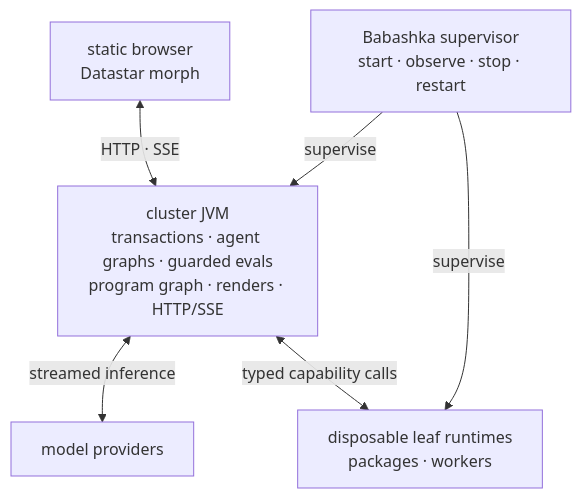
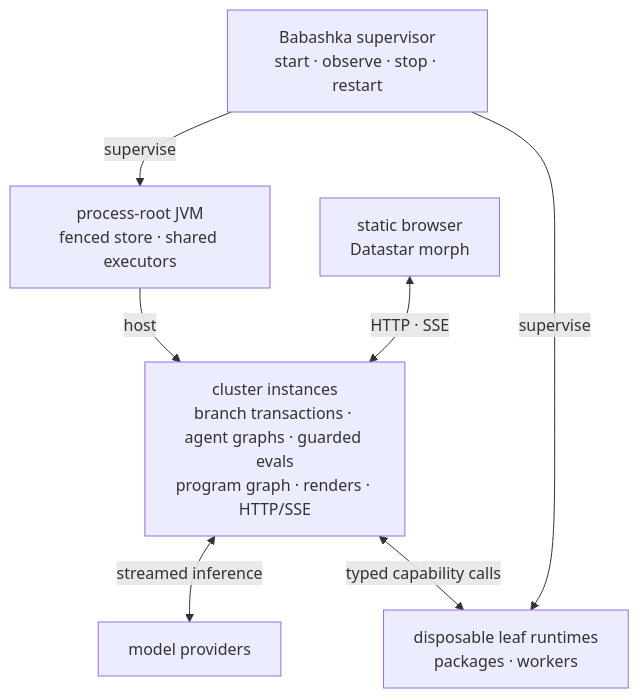
The diagram in docs/seon/architecture/architecture.md (seantempesta/seon), drawn with Mermaid before and after one commit. The commit also changed other lines of this file and 65 other files, not shown here.

````diff
--- a/docs/seon/architecture/architecture.md
+++ b/docs/seon/architecture/architecture.md
@@ -277,15 +283,17 @@
 ```mermaid
 flowchart TB
   Supervisor["Babashka supervisor\nstart · observe · stop · restart"]
-  Cluster["cluster JVM\ntransactions · agent graphs · guarded evals\nprogram graph · renders · HTTP/SSE"]
+  Process["process-root JVM\nfenced store · shared executors"]
+  Cluster["cluster instances\nbranch transactions · agent graphs · guarded evals\nprogram graph · renders · HTTP/SSE"]
   Leaf["disposable leaf runtimes\npackages · workers"]
   Browser["static browser\nDatastar morph"]
   Models["model providers"]
 
-  Supervisor -->|"supervise"| Cluster
+  Supervisor -->|"supervise"| Process
+  Process -->|"host"| Cluster
   Supervisor -->|"supervise"| Leaf
 
   Browser <-->|"HTTP · SSE"| Cluster
   Cluster <-->|"streamed inference"| Models
   Cluster <-->|"typed capability calls"| Leaf
 ```
````
